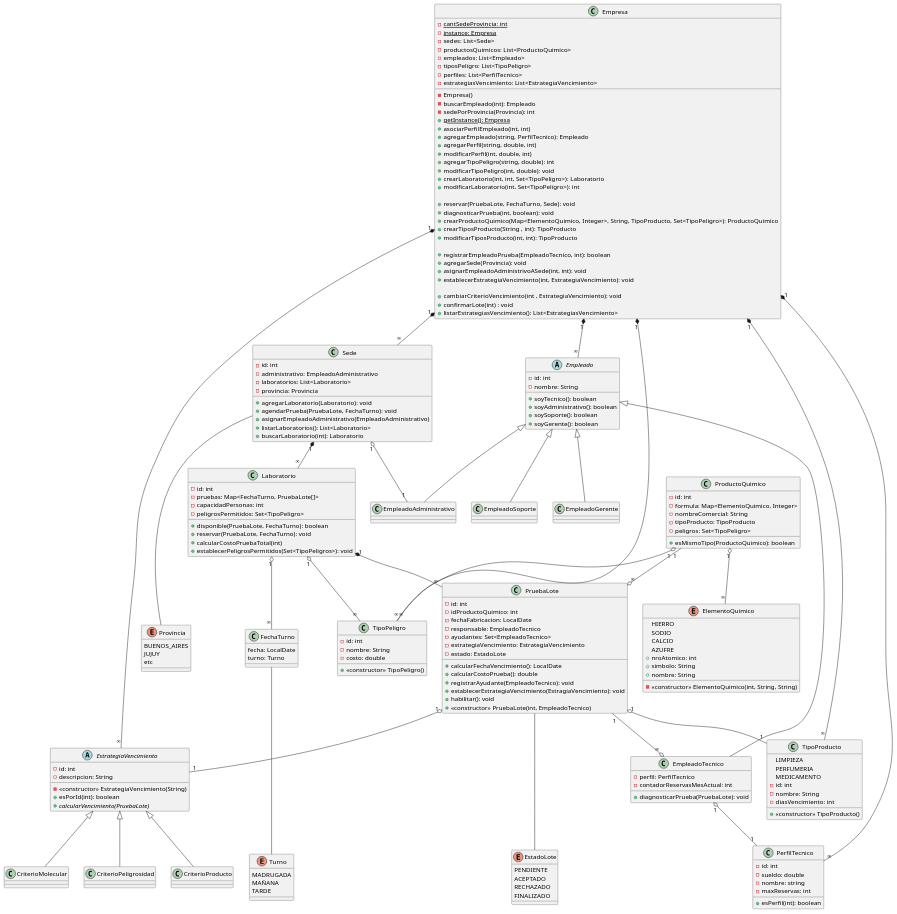
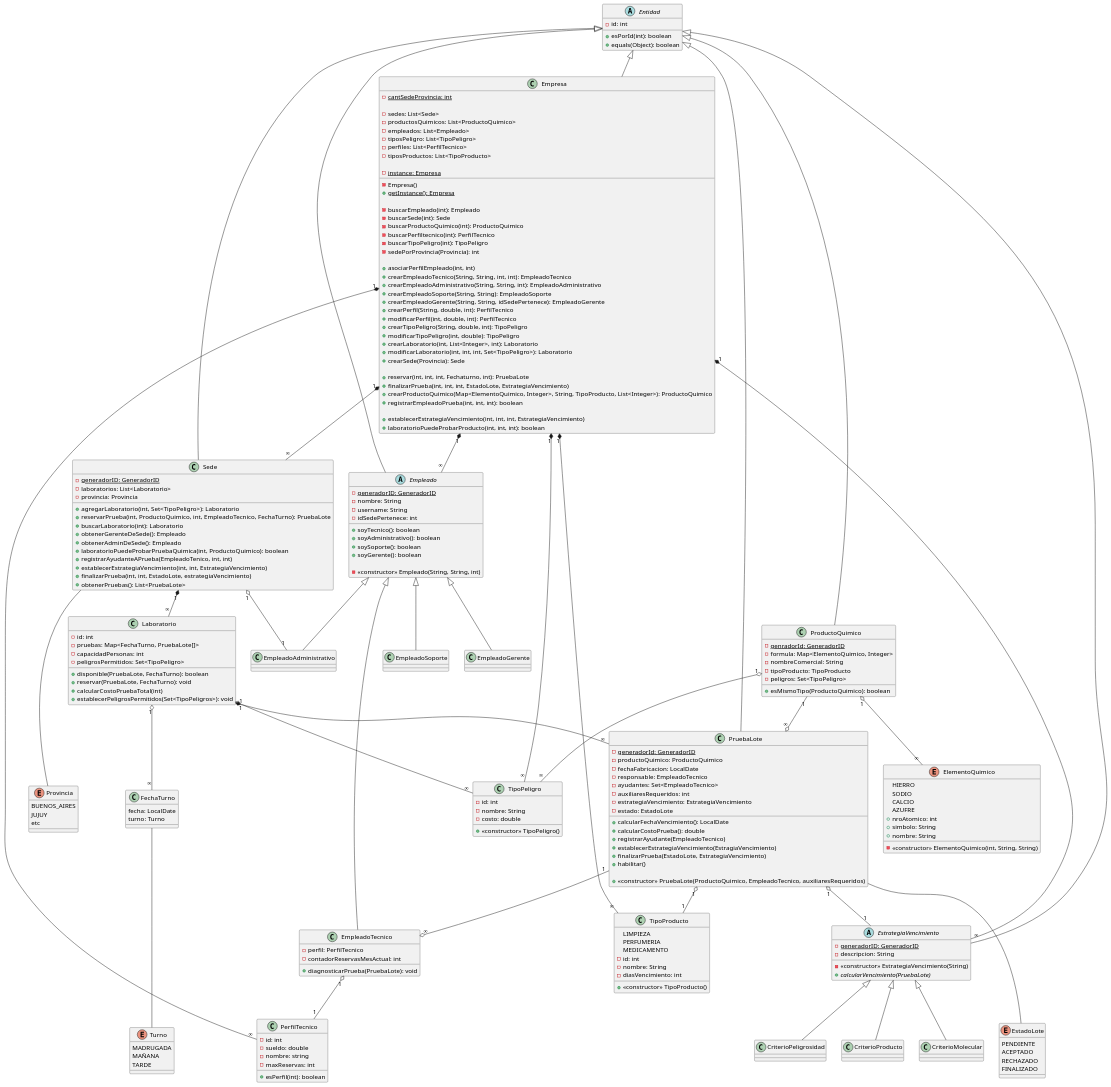
The diagram in diagramas/clases.plantuml (SrBigotones/UADE_TPO_OOP), drawn with PlantUML before and after one commit.

Commit message:
Modificacion del diagrama de Clases

```diff
--- a/diagramas/clases.plantuml
+++ b/diagramas/clases.plantuml
@@ -1,58 +1,73 @@
 @startuml
 
-class Empresa {
-  {static} - cantSedeProvincia: int
-  {static} - instance: Empresa
-  - Empresa()
+class Empresa extends Entidad{
+   {static} - cantSedeProvincia: int
+  
   - sedes: List<Sede>
   - productosQuimicos: List<ProductoQuimico>
   - empleados: List<Empleado>
   - tiposPeligro: List<TipoPeligro>
   - perfiles: List<PerfilTecnico>
-  - estrategiasVencimiento: List<EstrategiaVencimiento>
+  - tiposProductos: List<TipoProducto>
   
-  - buscarEmpleado(int): Empleado
-  - sedePorProvincia(Provincia): int
+  {static} - instance: Empresa
+  - Empresa()
   {static} + getInstance(): Empresa
-  /' Empleado administrativo '/
+  
+  - buscarEmpleado(int): Empleado /' id de Empleado'/
+  - buscarSede(int): Sede /' id de Sede '/
+  - buscarProductoQuimico(int): ProductoQuimico /' id de Producto Quimico '/
+  - buscarPerfiltecnico(int): PerfilTecnico /' id de Perfil Tecnico '/
+  - buscarTipoPeligro(int): TipoPeligro /' id de Tipo de Peligro '/
+  - sedePorProvincia(Provincia): int 
+ 
+  /' Metodos para Empleado Soporte '/
   + asociarPerfilEmpleado(int, int) /'id de perfil, id de empleado'/
-  + agregarEmpleado(string, PerfilTecnico): Empleado
-  + agregarPerfil(string, double, int) /'nombrePuesto, sueldo, maxReservas'/
-  + modificarPerfil(int, double, int) /'idPuesto, sueldo, maxReservas'/
-  + agregarTipoPeligro(string, double): int
-  + modificarTipoPeligro(int, double): void
-  + crearLaboratorio(int, int, Set<TipoPeligro>): Laboratorio /'idSede, capacidadPersonas'/
-  + modificarLaboratorio(int, Set<TipoPeligro>): int /'capacidadPersonas'/
+  + crearEmpleadoTecnico(String, String, int, int): EmpleadoTecnico /' nombre, username, idPerfil, idSedePertence '/ 
+  + crearEmpleadoAdministrativo(String, String, int): EmpleadoAdministrativo /' nombre, username, idSedePertenece '/ 
+  + crearEmpleadoSoporte(String, String): EmpleadoSoporte /' nombre, username '/
+  + crearEmpleadoGerente(String, String, idSedePertenece): EmpleadoGerente /' nombre, username, idSedePertenece '/
+  + crearPerfil(String, double, int): PerfilTecnico /' nombre, sueldo, maxReservas '/
+  + modificarPerfil(int, double, int): PerfilTecnico /' idPerfil, sueldo, maxReservas'/
+  + crearTipoPeligro(String, double, int): TipoPeligro /' nombre, costo, diasVencimiento '/
+  + modificarTipoPeligro(int, double): TipoPeligro /' idPeligro, costo '/
+  + crearLaboratorio(int, List<Integer>, int): Laboratorio /'idSede, capacidadPersonas'/
+  + modificarLaboratorio(int, int, int, Set<TipoPeligro>): Laboratorio /'idLaboratorio, idSede, capacidadPersonas, tipoPeligros'/
+  + crearSede(Provincia): Sede
 
-  /' Empleado tecnico '/
-  + reservar(PruebaLote, FechaTurno, Sede): void
-  + diagnosticarPrueba(int, boolean): void /'idLote, aprobacion'/
-  + crearProductoQuimico(Map<ElementoQuimico, Integer>, String, TipoProducto, Set<TipoPeligro>): ProductoQuimico
-  + crearTiposProducto(String , int): TipoProducto
-  + modificarTiposProducto(int, int): TipoProducto
-
-  + registrarEmpleadoPrueba(EmpleadoTecnico, int): boolean /'id de prueba'/
-  + agregarSede(Provincia): void
-  + asignarEmpleadoAdministrivoASede(int, int): void /'idSede, idEmpleado'/
-  + establecerEstrategiaVencimiento(int, EstrategiaVencimiento): void /'id de prueba'/
+  /' Metodos para Empleado Tecnico '/
+  + reservar(int, int, int, Fechaturno, int): PruebaLote /' idProdQuimico, cantidadAuxiliares, idEmpleadoResponsable, fechaTurno, idLaboratorio '/
+  + finalizarPrueba(int, int, int, EstadoLote, EstrategiaVencimiento) /' idSede, idLaboratorio, idLote, estado, estrategiaVencimiento '/
+  + crearProductoQuimico(Map<ElementoQuimico, Integer>, String, TipoProducto, List<Integer>): ProductoQuimico /' conjuntoQuimico, nombre, tipoProduco, peligro '/
+  + registrarEmpleadoPrueba(int, int, int): boolean /' idEmpleado, idPrueba, idLaboratorio '/
   
-  /' Gerente '/
-  + cambiarCriterioVencimiento(int , EstrategiaVencimiento): void /'idLote'/
-  + confirmarLote(int) : void /'idLote'/
-  + listarEstrategiasVencimiento(): List<EstrategiasVencimiento>
+  /' Metodos para Empleado Administrativo '/
+  + establecerEstrategiaVencimiento(int, int, int, EstrategiaVencimiento) /' idSede, idLaboratorio, idPrueba, estrategiaVencimiento'/
+  + laboratorioPuedeProbarProducto(int, int, int): boolean /' idSede, idLaboratorio, idProdQuimico '/
 }
 
-class Sede {
+abstract class Entidad{
   - id: int
-  - administrativo: EmpleadoAdministrativo
+  
+  + esPorId(int): boolean
+  + equals(Object): boolean
+}
+
+class Sede extends Entidad{
+  {static} - generadorID: GeneradorID
   - laboratorios: List<Laboratorio>
   - provincia: Provincia
 
-  + agregarLaboratorio(Laboratorio): void
-  + agendarPrueba(PruebaLote, FechaTurno): void
-  + asignarEmpleadoAdministrativo(EmpleadoAdministrativo)
-  + listarLaboratorios(): List<Laboratorio>
-  + buscarLaboratorio(int): Laboratorio
+  + agregarLaboratorio(int, Set<TipoPeligro>): Laboratorio /' capacidadPersonas, tipoPeligros'/
+  + reservarPrueba(int, ProductoQuimico, int, EmpleadoTecnico, FechaTurno): PruebaLote /'idLaboratorio, productoQuimico, cantidadAuxiliares, empleadoResponsable, fechaTurno'/
+  + buscarLaboratorio(int): Laboratorio /' idLab '/
+  + obtenerGerenteDeSede(): Empleado
+  + obtenerAdminDeSede(): Empleado
+  + laboratorioPuedeProbarPruebaQuimica(int, ProductoQuimico): boolean /' idLaboratorio, produtoQuimico '/
+  + registrarAyudanteAPrueba(EmpleadoTenico, int, int) /' empleado, idLaboratorio, idPrueba '/
+  + establecerEstrategiaVencimiento(int, int, EstrategiaVencimiento) /' idLaboratorio, idPrueba, estrategiaVencimiento '/
+  + finalizarPrueba(int, int, EstadoLote, estrategiaVencimiento) /' idLaboratorio, idPrueba, estadoLote, estrategiaVencimiento '/
+  + obtenerPruebas(): List<PruebaLote>
 }
 
 enum Provincia {
@@ -61,37 +76,41 @@
   etc
 }
 
-class ProductoQuimico {
-  - id: int
-  - formula: Map<ElementoQuimico, Integer>
+class ProductoQuimico extends Entidad {
+  {static} - genradorId: GeneradorID 
+  - formula: Map<ElementoQuimico, Integer> 
   - nombreComercial: String
   - tipoProducto: TipoProducto
   - peligros: Set<TipoPeligro>
 
-  + esMismoTipo(ProductoQuimico): boolean
+  + esMismoTipo(ProductoQuimico): boolean /' prod '/
 }
 
-class PruebaLote {
-  - id: int
-  - idProductoQuimico: int
+class PruebaLote extends Entidad{
+  {static} - generadorId: GeneradorID
+  - productoQuimico: ProductoQuimico
   - fechaFabricacion: LocalDate
   - responsable: EmpleadoTecnico
   - ayudantes: Set<EmpleadoTecnico>
+  - auxiliaresRequeridos: int
   - estrategiaVencimiento: EstrategiaVencimiento
   - estado: EstadoLote
+  
   + calcularFechaVencimiento(): LocalDate
   + calcularCostoPrueba(): double
-  + registrarAyudante(EmpleadoTecnico): void
-  + establecerEstrategiaVencimiento(EstragiaVencimiento): void
-  + habilitar(): void
-  + <<constructor>> PruebaLote(int, EmpleadoTecnico)
+  + registrarAyudante(EmpleadoTecnico)
+  + establecerEstrategiaVencimiento(EstragiaVencimiento)
+  + finalizarPrueba(EstadoLote, EstrategiaVencimiento) /' resultado, estrategiaVencimiento '/
+  + habilitar()
+  
+  + <<constructor>> PruebaLote(ProductoQuimico, EmpleadoTecnico, auxiliaresRequeridos) /'productoQuimico, responsable, auxiliaresRequeridos'/
 }
 
-abstract class EstrategiaVencimiento {
-  - id: int
+abstract class EstrategiaVencimiento extends Entidad{
+  {static} - generadorID: GeneradorID 
   - descripcion: String
+  
   - <<constructor>> EstrategiaVencimiento(String) /'descripcion'/
-  + esPorId(int): boolean
   + {abstract} calcularVencimiento(PruebaLote)
 }
 
@@ -133,14 +152,18 @@
   - << constructor >> ElementoQuimico(int, String, String)
 }
 
-abstract class Empleado {
-  - id: int
+abstract class Empleado extends Entidad{
+  {static} - generadorID: GeneradorID
   - nombre: String
+  - username: String
+  - idSedePertenece: int
 
   + soyTecnico(): boolean
   + soyAdministrativo(): boolean
   + soySoporte(): boolean
   + soyGerente(): boolean
+  
+  - << constructor >> Empleado(String, String, int) /' nombre, username, idSedePertence '/
 }
 
 'Edita todo lo relacionado con los puestos y gesetion del sistema (SysAdmin)
```
